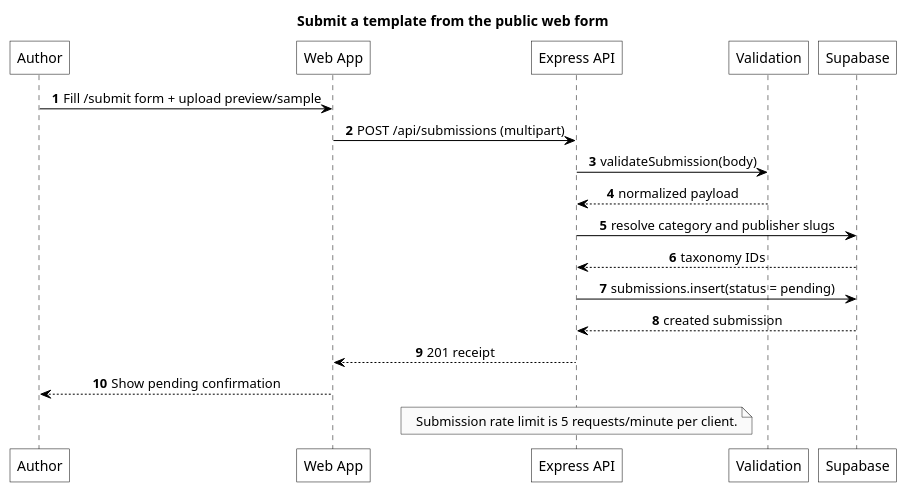
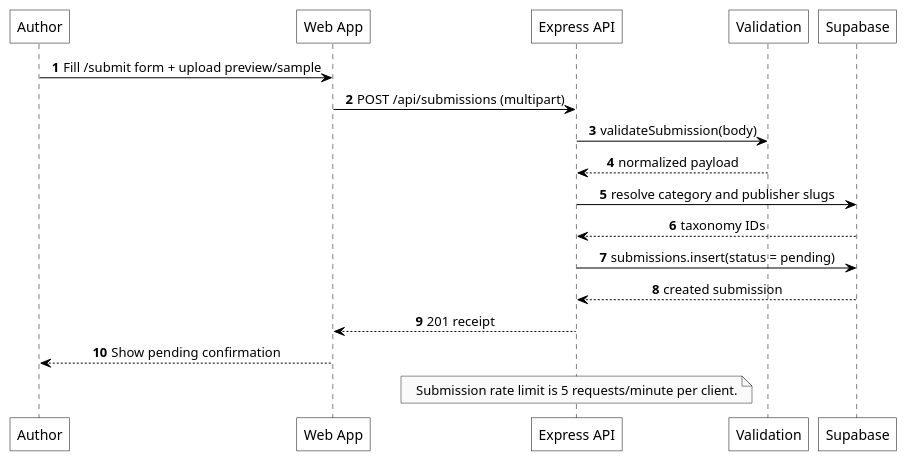
The diagram in diagrams/puml/sequence/05-submit-template.puml (Litho-MD/uet-fyp-docs), drawn with PlantUML before and after one commit. The commit also changed 109 other files, not shown here.

First line of the commit message:
Add TikZ support for UML diagrams and refine document structure

```diff
--- a/diagrams/puml/sequence/05-submit-template.puml
+++ b/diagrams/puml/sequence/05-submit-template.puml
@@ -1,36 +1,35 @@
 @startuml
-title Submit a template from the public web form
 autonumber
 skinparam monochrome true
 skinparam backgroundColor white
 skinparam shadowing false
 skinparam defaultTextAlignment center
 skinparam roundCorner 0
 skinparam ArrowColor black
 skinparam defaultFontColor black
 skinparam sequence {
     ArrowColor black
     LifeLineBorderColor black
     ParticipantBorderColor black
     ParticipantBackgroundColor white
     ParticipantFontColor black
 }
 
 participant "Author" as U
 participant "Web App" as W
 participant "Express API" as A
 participant "Validation" as V
 participant "Supabase" as S
 
 U -> W: Fill /submit form + upload preview/sample
 W -> A: POST /api/submissions (multipart)
 A -> V: validateSubmission(body)
 V --> A: normalized payload
 A -> S: resolve category and publisher slugs
 S --> A: taxonomy IDs
 A -> S: submissions.insert(status = pending)
 S --> A: created submission
 A --> W: 201 receipt
 W --> U: Show pending confirmation
 note over A: Submission rate limit is 5 requests/minute per client.
 @enduml
```
